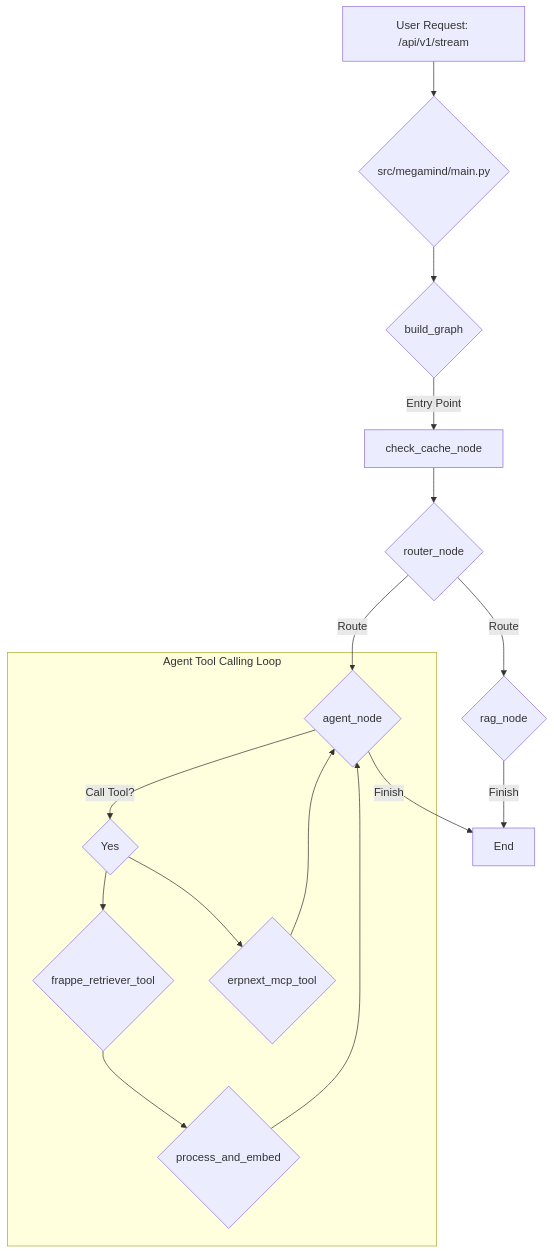
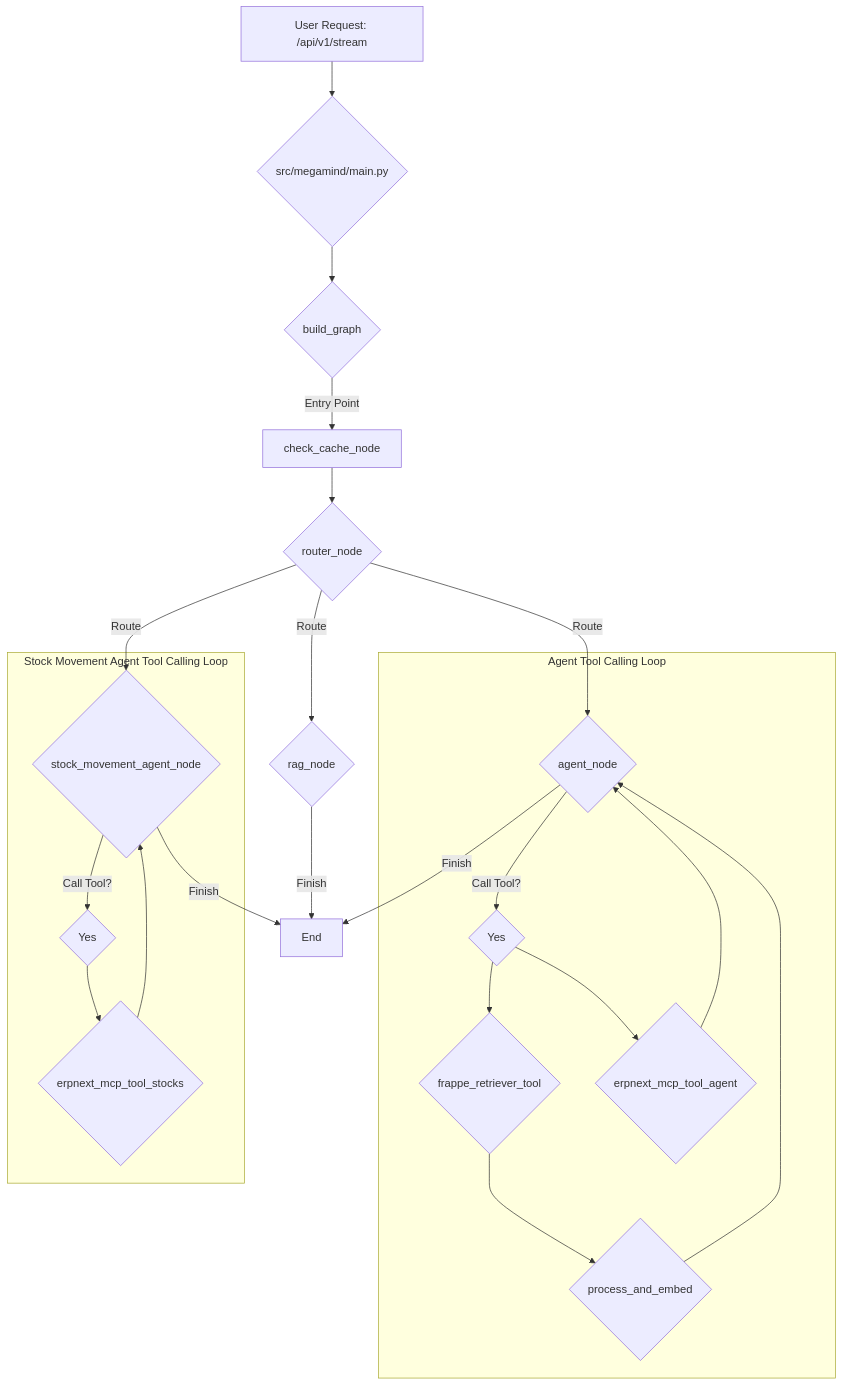
The diagram in CODEBASE_OVERVIEW.md (belee-aim/megamind), drawn with Mermaid before and after one commit. The commit also changed other lines of this file, not shown here.

````diff
--- a/CODEBASE_OVERVIEW.md
+++ b/CODEBASE_OVERVIEW.md
@@ -78,21 +83,29 @@
 ```mermaid
 graph TD
     A[User Request: /api/v1/stream] --> B{src/megamind/main.py};
     B --> C{build_graph};
     C -- Entry Point --> D[check_cache_node];
     D --> E{router_node};
     E -- Route --> F{rag_node};
     E -- Route --> G{agent_node};
+    E -- Route --> G2{stock_movement_agent_node};
 
     subgraph "Agent Tool Calling Loop"
         G -- Call Tool? --> H{Yes};
         H --> I{frappe_retriever_tool};
-        H --> J{erpnext_mcp_tool};
+        H --> J{erpnext_mcp_tool_agent};
         I --> K{process_and_embed};
         K --> G;
         J --> G;
     end
 
+    subgraph "Stock Movement Agent Tool Calling Loop"
+        G2 -- Call Tool? --> H2{Yes};
+        H2 --> J2{erpnext_mcp_tool_stocks};
+        J2 --> G2;
+    end
+
     F -- Finish --> L[End];
     G -- Finish --> L;
+    G2 -- Finish --> L;
 ```
````
